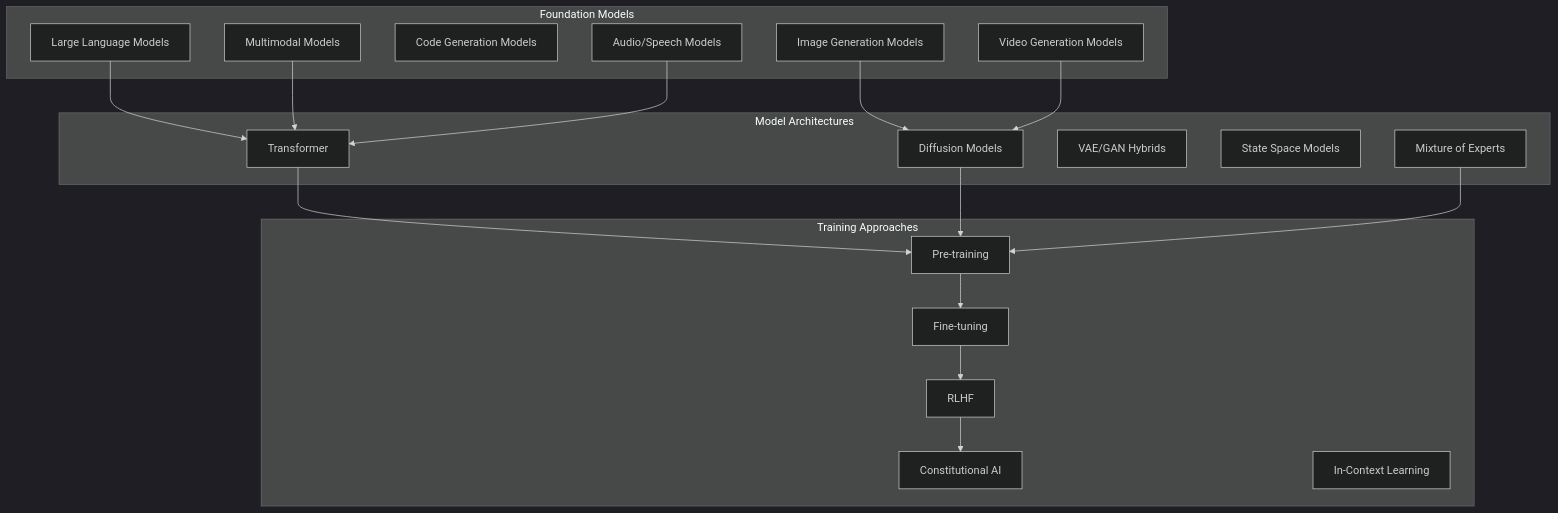
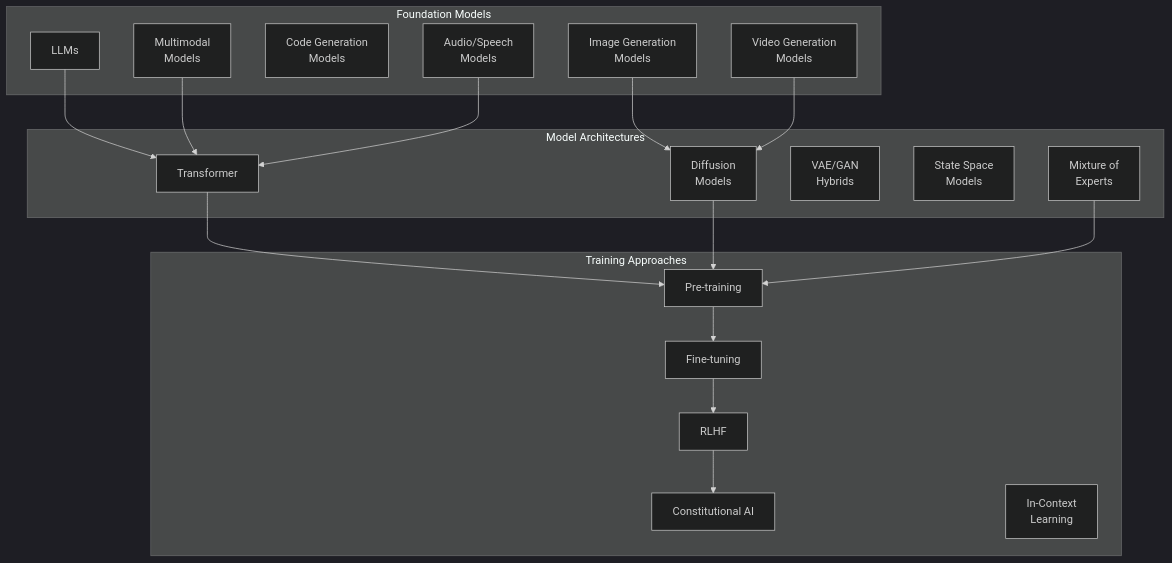
The first of 5 diagrams in docs/sec_freeform/gen-ai-landscape-primer.md (cassmastern/lers-sandbox), drawn with Mermaid (dark theme) before and after one commit. The commit also changed other lines of this file and 140 other files, not shown here.

````diff
--- a/docs/sec_freeform/gen-ai-landscape-primer.md
+++ b/docs/sec_freeform/gen-ai-landscape-primer.md
@@ -9,41 +9,41 @@
 ```mermaid
 flowchart TB
   subgraph Foundation_Models["Foundation Models"]
-    LLM["Large Language Models"]
-    MM["Multimodal Models"]
-    CGM["Code Generation Models"]
-    IGM["Image Generation Models"]
-    ASM["Audio/Speech Models"]
-    VGM["Video Generation Models"]
+    LLM["LLMs"]
+    MM["Multimodal<br> Models"]
+    CGM["Code Generation<br> Models"]
+    IGM["Image Generation<br> Models"]
+    ASM["Audio/Speech<br> Models"]
+    VGM["Video Generation<br> Models"]
   end
 
   subgraph Model_Architectures["Model Architectures"]
     TRANS["Transformer"]
-    DIFF["Diffusion Models"]
-    VAE["VAE/GAN Hybrids"]
-    SSM["State Space Models"]
-    MOE["Mixture of Experts"]
+    DIFF["Diffusion<br> Models"]
+    VAE["VAE/GAN<br> Hybrids"]
+    SSM["State Space<br> Models"]
+    MOE["Mixture of<br> Experts"]
   end
 
   subgraph Training_Approaches["Training Approaches"]
     PRE["Pre-training"]
     FT["Fine-tuning"]
     RLHF["RLHF"]
     CAI["Constitutional AI"]
-    ICL["In-Context Learning"]
+    ICL["In-Context<br> Learning"]
   end
 
   LLM --> TRANS
   MM --> TRANS
   IGM --> DIFF
   ASM --> TRANS
   VGM --> DIFF
 
   TRANS --> PRE
   DIFF --> PRE
   MOE --> PRE
 
   PRE --> FT
   FT --> RLHF
   RLHF --> CAI
 ```
````
